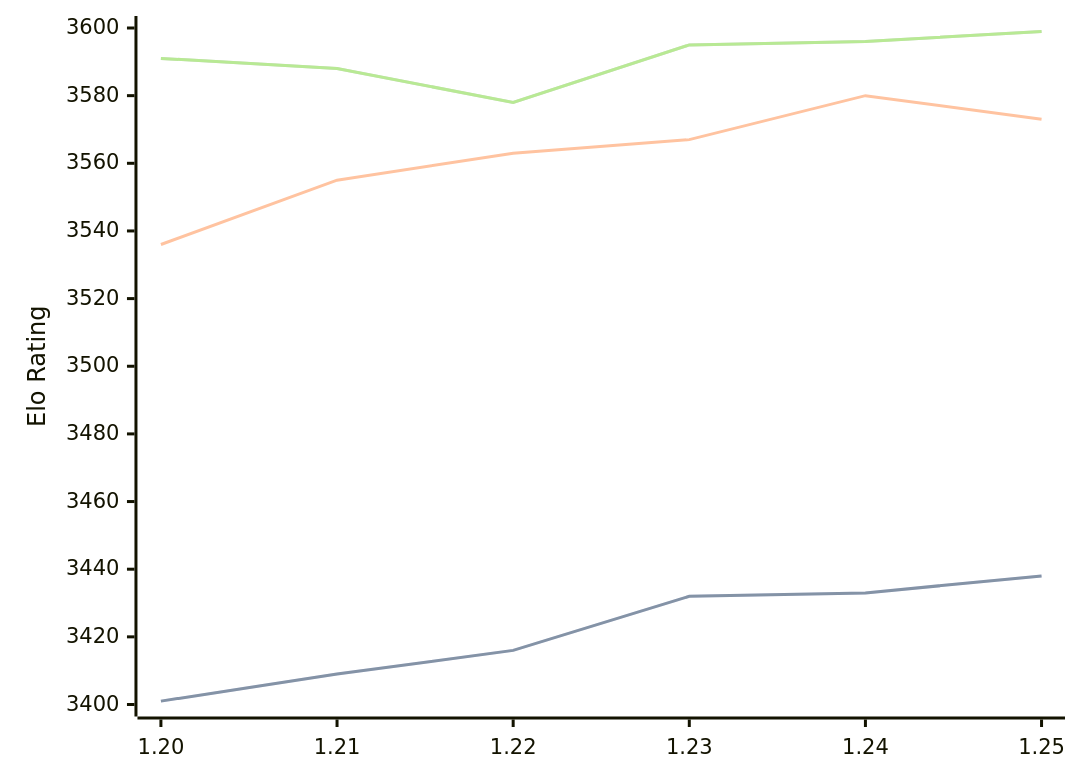
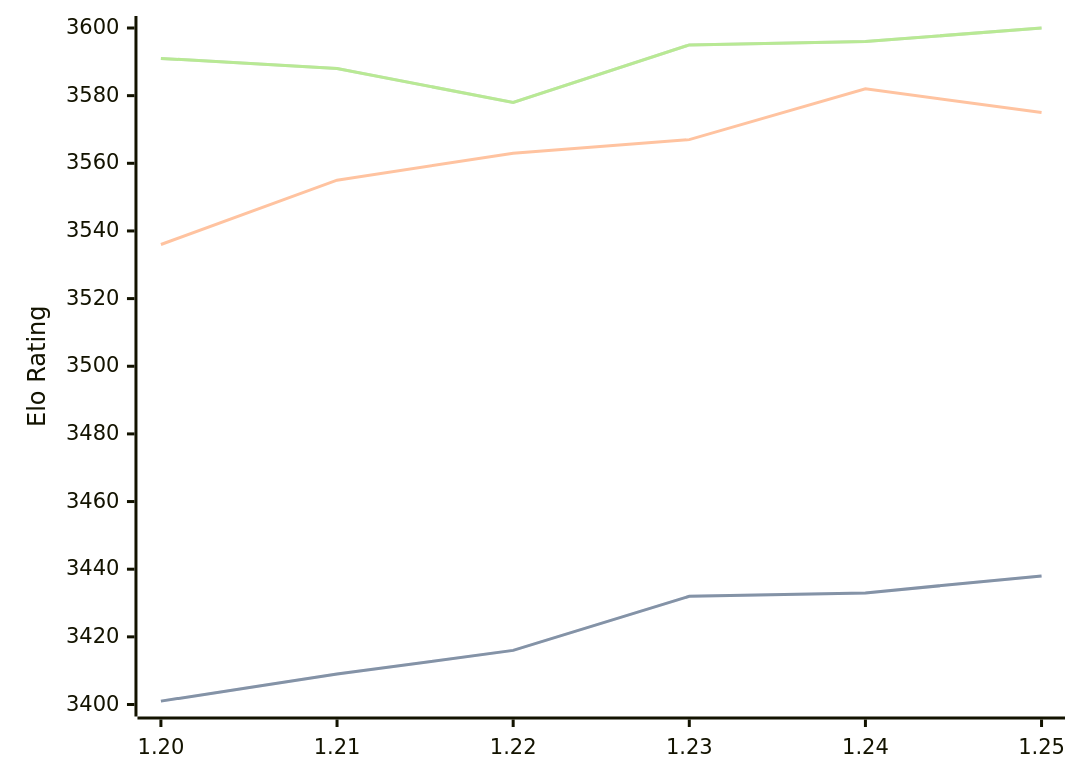
One commit to computer-chess-index/cci changed the diagram in engines/Caissa.md. Above: the diagram before and after it, drawn with Mermaid. The commit also changed other lines of this file, not shown here.

Commit message:
Update CCI Ratings (ELO VLTC) - 2026-05-05

````diff
--- a/engines/Caissa.md
+++ b/engines/Caissa.md
@@ -65,11 +65,11 @@
 ```mermaid
 %%{init: {"theme":"base","themeVariables":{"seriesColors:['#a3a3a3','#222221','#faa371']}}}%%
 xychart-beta
   x-axis ["1.20", "1.21", "1.22", "1.23", "1.24", "1.25"]
   y-axis "Elo Rating" 3400 --> 3600
   line "STC (8.0+0.08s)" [3401, 3409, 3416, 3432, 3433, 3438]
   line "STC (8.0+0.08s)" [3401, 3409, 3416, 3432, 3433, 3438]
-  line "LTC (60.0+0.60s)" [3536, 3555, 3563, 3567, 3580, 3573]
-  line "VLTC (2m24s+1.12s)" [3591, 3588, 3578, 3595, 3596, 3599]
-  line "VLTC (2m24s+1.12s)" [3591, 3588, 3578, 3595, 3596, 3599]
+  line "LTC (60.0+0.60s)" [3536, 3555, 3563, 3567, 3582, 3575]
+  line "VLTC (2m24s+1.12s)" [3591, 3588, 3578, 3595, 3596, 3600]
+  line "VLTC (2m24s+1.12s)" [3591, 3588, 3578, 3595, 3596, 3600]
 ```
````
